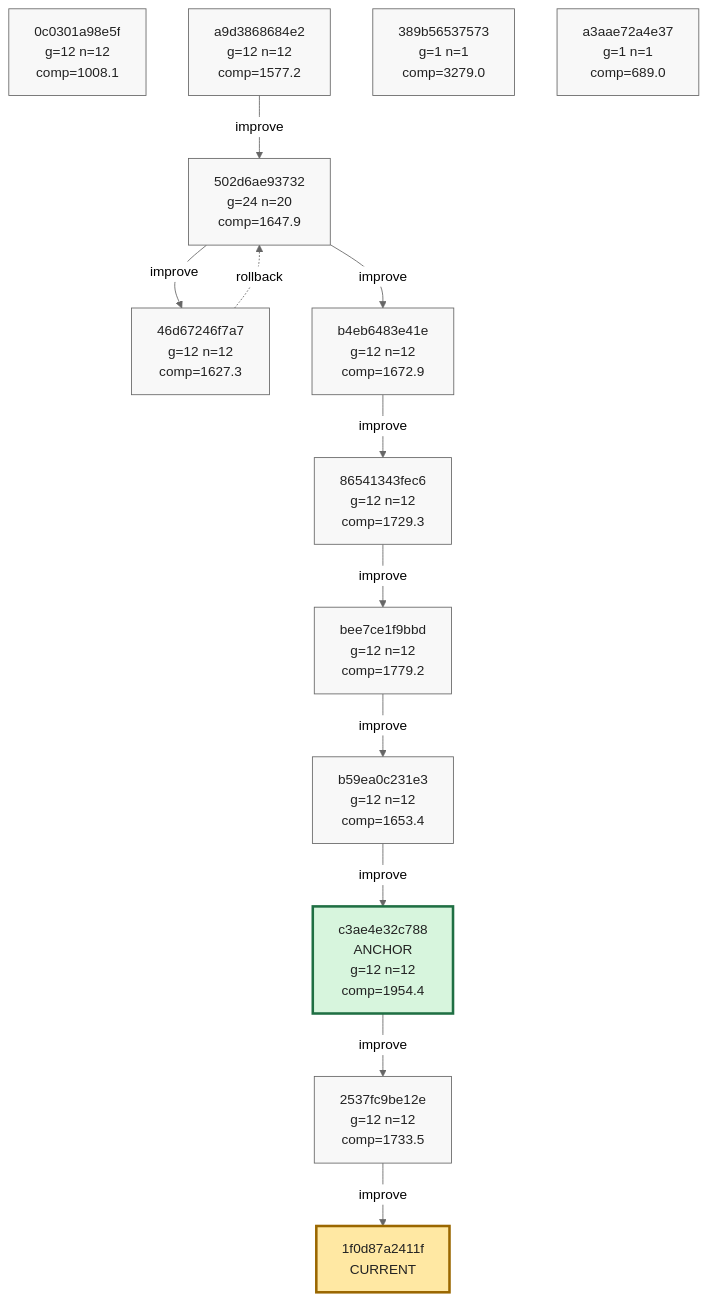
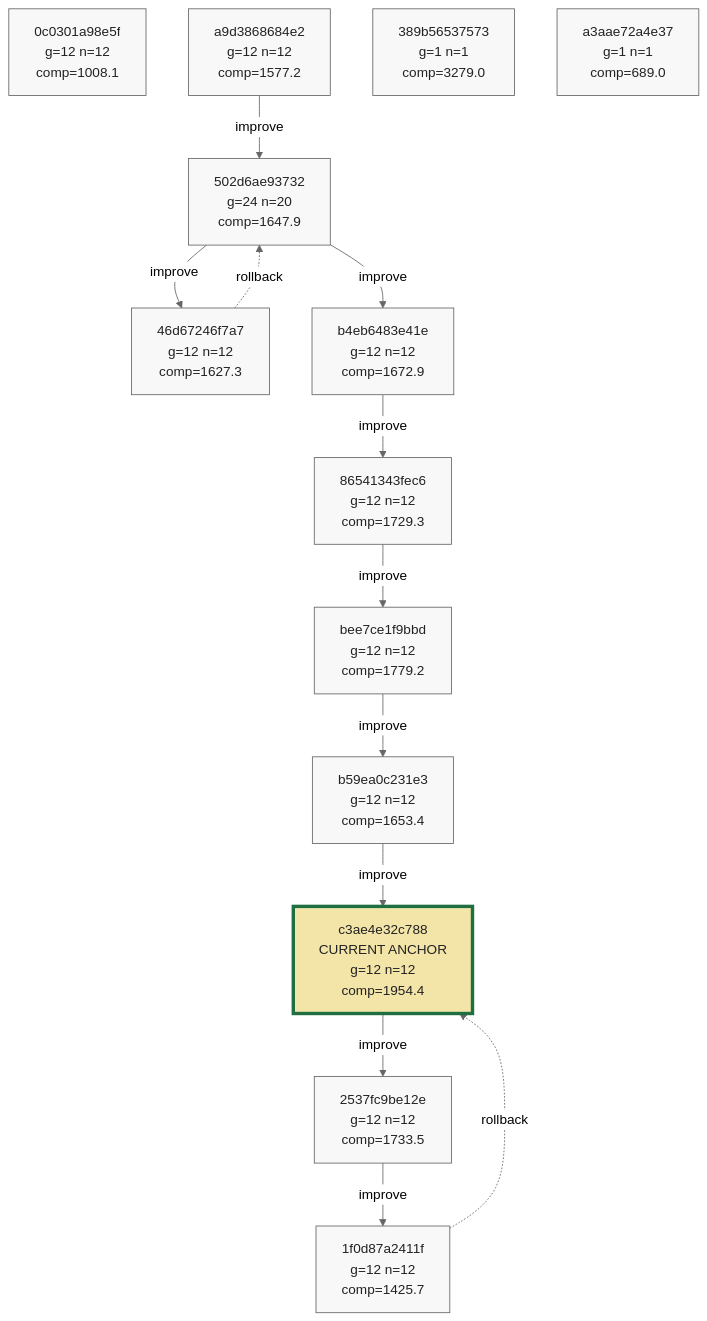
Before and after one commit to azumag/soviet_now: the tenth of 10 diagrams in phyrogenetic-tree.md, drawn with Mermaid (neutral theme). The commit also changed other lines of this file and 2 other files, not shown here.

````diff
--- a/phyrogenetic-tree.md
+++ b/phyrogenetic-tree.md
@@ -2542,46 +2543,47 @@
 ```mermaid
 flowchart TD
     h_0c0301a98e5f["0c0301a98e5f<br/>g=12 n=12<br/>comp=1008.1"]
     h_a9d3868684e2["a9d3868684e2<br/>g=12 n=12<br/>comp=1577.2"]
     h_502d6ae93732["502d6ae93732<br/>g=24 n=20<br/>comp=1647.9"]
     h_46d67246f7a7["46d67246f7a7<br/>g=12 n=12<br/>comp=1627.3"]
     h_b4eb6483e41e["b4eb6483e41e<br/>g=12 n=12<br/>comp=1672.9"]
     h_86541343fec6["86541343fec6<br/>g=12 n=12<br/>comp=1729.3"]
     h_bee7ce1f9bbd["bee7ce1f9bbd<br/>g=12 n=12<br/>comp=1779.2"]
     h_b59ea0c231e3["b59ea0c231e3<br/>g=12 n=12<br/>comp=1653.4"]
-    h_c3ae4e32c788["c3ae4e32c788<br/>ANCHOR<br/>g=12 n=12<br/>comp=1954.4"]
+    h_c3ae4e32c788["c3ae4e32c788<br/>CURRENT ANCHOR<br/>g=12 n=12<br/>comp=1954.4"]
     h_2537fc9be12e["2537fc9be12e<br/>g=12 n=12<br/>comp=1733.5"]
+    h_1f0d87a2411f["1f0d87a2411f<br/>g=12 n=12<br/>comp=1425.7"]
     h_389b56537573["389b56537573<br/>g=1 n=1<br/>comp=3279.0"]
     h_a3aae72a4e37["a3aae72a4e37<br/>g=1 n=1<br/>comp=689.0"]
-    h_1f0d87a2411f["1f0d87a2411f<br/>CURRENT"]
 
     h_a9d3868684e2 -->|improve| h_502d6ae93732
     h_502d6ae93732 -->|improve| h_46d67246f7a7
     h_46d67246f7a7 -. rollback .-> h_502d6ae93732
     h_502d6ae93732 -->|improve| h_b4eb6483e41e
     h_b4eb6483e41e -->|improve| h_86541343fec6
     h_86541343fec6 -->|improve| h_bee7ce1f9bbd
     h_bee7ce1f9bbd -->|improve| h_b59ea0c231e3
     h_b59ea0c231e3 -->|improve| h_c3ae4e32c788
     h_c3ae4e32c788 -->|improve| h_2537fc9be12e
     h_2537fc9be12e -->|improve| h_1f0d87a2411f
+    h_1f0d87a2411f -. rollback .-> h_c3ae4e32c788
 
     classDef plain fill:#f8f8f8,stroke:#666,stroke-width:1px,color:#222;
     classDef current fill:#ffe8a3,stroke:#9a6700,stroke-width:3px,color:#222;
     classDef anchor fill:#d7f5dd,stroke:#1f6f43,stroke-width:3px,color:#222;
     classDef current_anchor fill:#f3e4a8,stroke:#1f6f43,stroke-width:4px,color:#222;
 
     class h_0c0301a98e5f plain;
     class h_a9d3868684e2 plain;
     class h_502d6ae93732 plain;
     class h_46d67246f7a7 plain;
     class h_b4eb6483e41e plain;
     class h_86541343fec6 plain;
     class h_bee7ce1f9bbd plain;
     class h_b59ea0c231e3 plain;
-    class h_c3ae4e32c788 anchor;
+    class h_c3ae4e32c788 current_anchor;
     class h_2537fc9be12e plain;
+    class h_1f0d87a2411f plain;
     class h_389b56537573 plain;
     class h_a3aae72a4e37 plain;
-    class h_1f0d87a2411f current;
 ```
````
